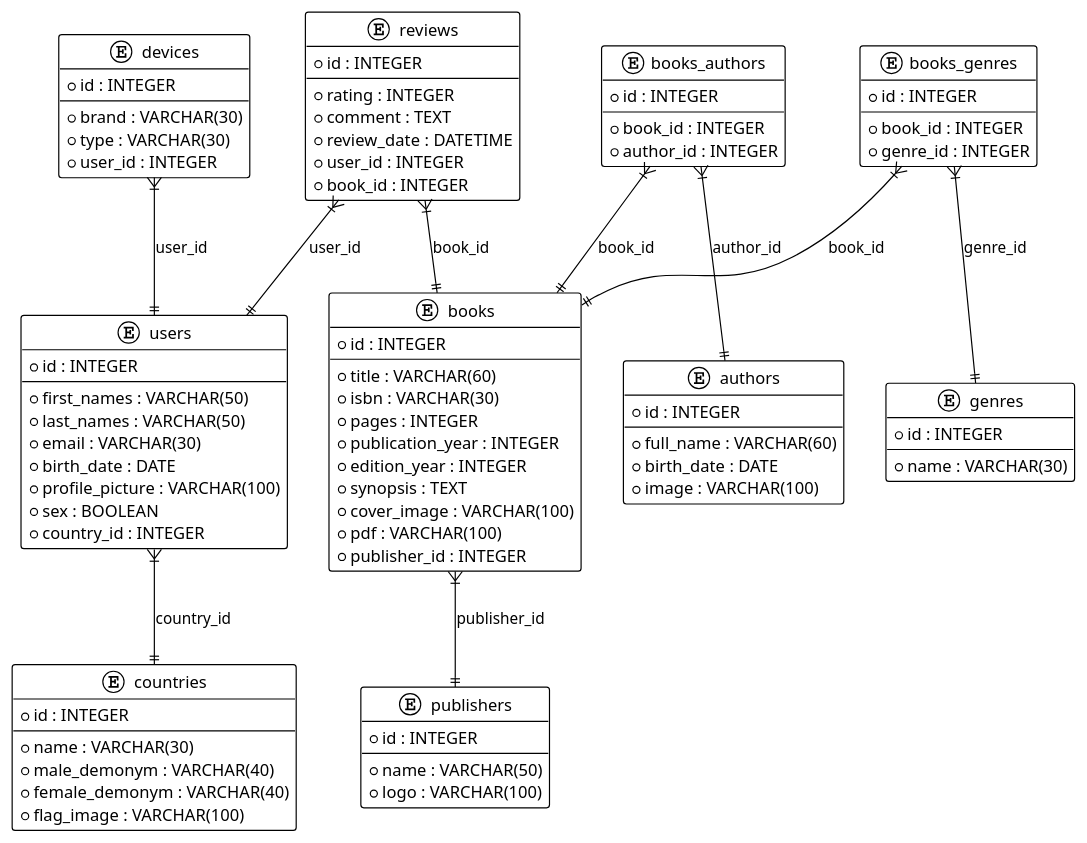
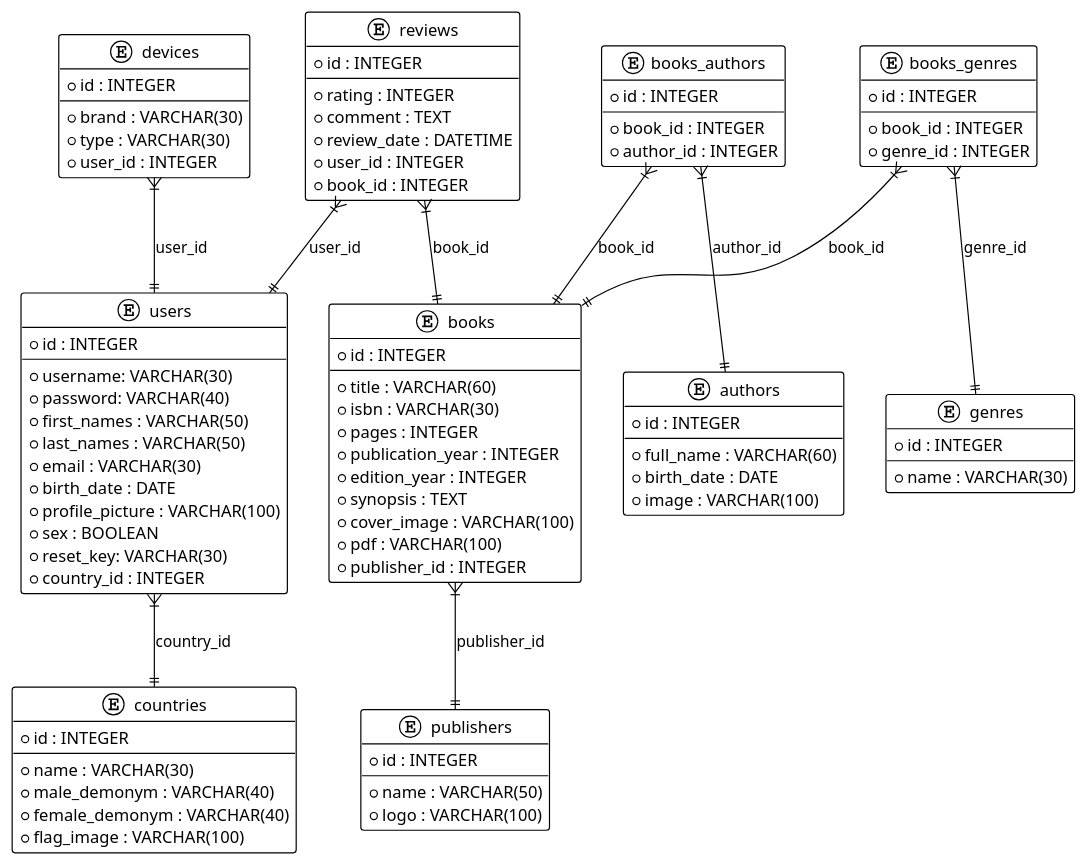
One commit to pepeul1191/pm2025-2 changed the diagram in docs/der.puml. Above: the diagram before and after it, drawn with PlantUML. The commit also changed 34 other files, not shown here.

```diff
--- a/docs/der.puml
+++ b/docs/der.puml
@@ -1,102 +1,105 @@
 @startuml
 !theme plain
 
 entity "users" {
   * id : INTEGER
   --
+  * username: VARCHAR(30)
+  * password: VARCHAR(40)
   * first_names : VARCHAR(50)
   * last_names : VARCHAR(50)
   * email : VARCHAR(30)
   * birth_date : DATE
   * profile_picture : VARCHAR(100)
   * sex : BOOLEAN
+  * reset_key: VARCHAR(30)
   * country_id : INTEGER
 }
 
 entity "countries" {
   * id : INTEGER
   --
   * name : VARCHAR(30)
   * male_demonym : VARCHAR(40)
   * female_demonym : VARCHAR(40)
   * flag_image : VARCHAR(100)
 }
 
 entity "devices" {
   * id : INTEGER
   --
   * brand : VARCHAR(30)
   * type : VARCHAR(30)
   * user_id : INTEGER
 }
 
 entity "books" {
   * id : INTEGER
   --
   * title : VARCHAR(60)
   * isbn : VARCHAR(30)
   * pages : INTEGER
   * publication_year : INTEGER
   * edition_year : INTEGER
   * synopsis : TEXT
   * cover_image : VARCHAR(100)
   * pdf : VARCHAR(100)
   * publisher_id : INTEGER
 }
 
 entity "publishers" {
   * id : INTEGER
   --
   * name : VARCHAR(50)
   * logo : VARCHAR(100)
 }
 
 entity "authors" {
   * id : INTEGER
   --
   * full_name : VARCHAR(60)
   * birth_date : DATE
   * image : VARCHAR(100)
 }
 
 entity "genres" {
   * id : INTEGER
   --
   * name : VARCHAR(30)
 }
 
 entity "reviews" {
   * id : INTEGER
   --
   * rating : INTEGER
   * comment : TEXT
   * review_date : DATETIME
   * user_id : INTEGER
   * book_id : INTEGER
 }
 
 entity "books_authors" {
   * id : INTEGER
   --
   * book_id : INTEGER
   * author_id : INTEGER
 }
 
 entity "books_genres" {
   * id : INTEGER
   --
   * book_id : INTEGER
   * genre_id : INTEGER
 }
 
 users }|--|| countries : country_id
 devices }|--|| users : user_id
 books }|--|| publishers : publisher_id
 reviews }|--|| users : user_id
 reviews }|--|| books : book_id
 books_authors }|--|| books : book_id
 books_authors }|--|| authors : author_id
 books_genres }|--|| books : book_id
 books_genres }|--|| genres : genre_id
 
 @enduml
```
